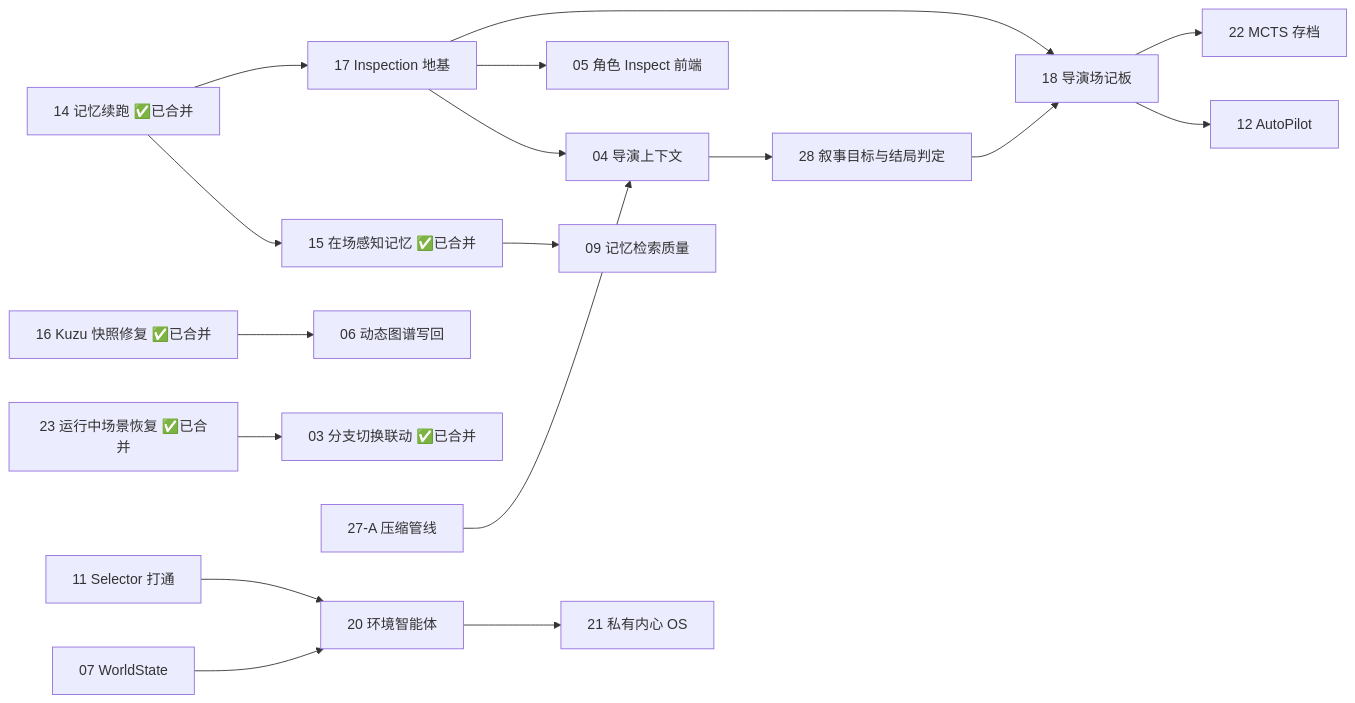
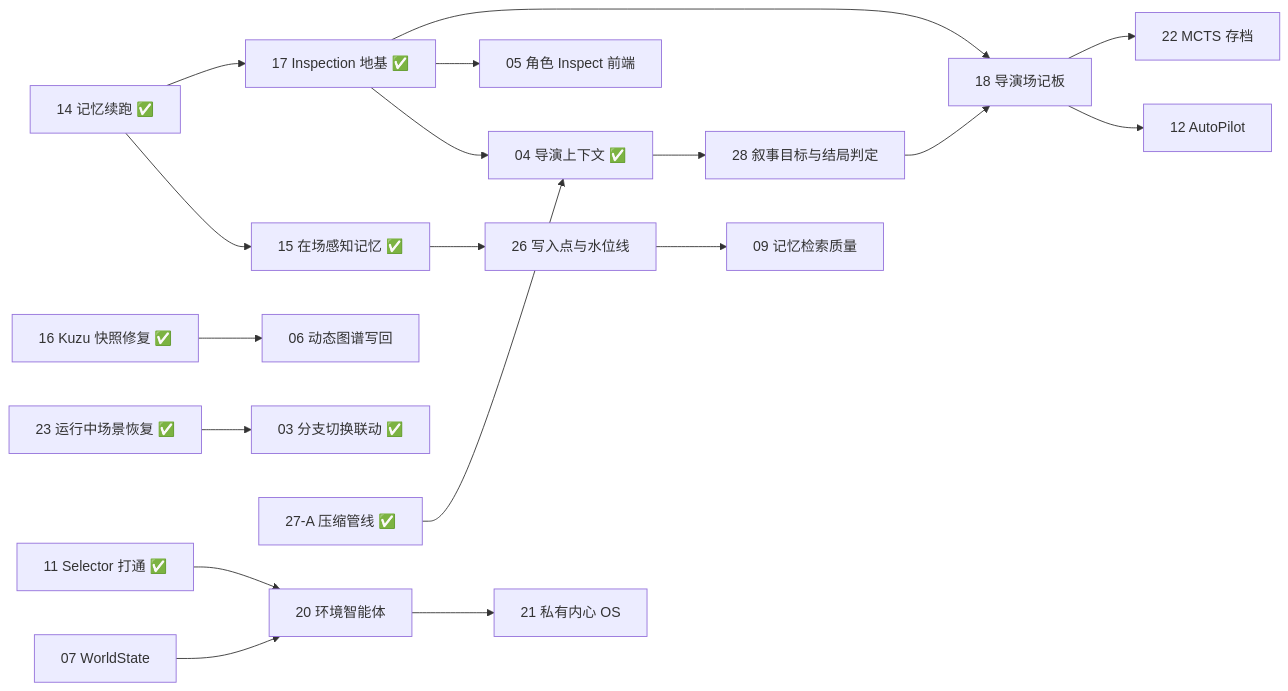
One commit to YuanPeixi/PlotSystem2 changed the diagram in docs/fix-tickets/README.md. Above: the diagram before and after it, drawn with Mermaid. The commit also changed other lines of this file and 4 other files, not shown here.

````diff
--- a/docs/fix-tickets/README.md
+++ b/docs/fix-tickets/README.md
@@ -222,19 +91,20 @@
 ```mermaid
 graph LR
-  T14[14 记忆续跑 ✅已合并] --> T15[15 在场感知记忆 ✅已合并]
-  T14 --> T17[17 Inspection 地基]
-  T15 --> T09[09 记忆检索质量]
-  T16[16 Kuzu 快照修复 ✅已合并] --> T06[06 动态图谱写回]
-  T23[23 运行中场景恢复 ✅已合并] --> T03[03 分支切换联动 ✅已合并]
-  T17 --> T04[04 导演上下文]
-  T27[27-A 压缩管线] --> T04
+  T14[14 记忆续跑 ✅] --> T15[15 在场感知记忆 ✅]
+  T14 --> T17[17 Inspection 地基 ✅]
+  T15 --> T26[26 写入点与水位线]
+  T26 --> T09[09 记忆检索质量]
+  T16[16 Kuzu 快照修复 ✅] --> T06[06 动态图谱写回]
+  T23[23 运行中场景恢复 ✅] --> T03[03 分支切换联动 ✅]
+  T17 --> T04[04 导演上下文 ✅]
+  T27[27-A 压缩管线 ✅] --> T04
   T04 --> T28[28 叙事目标与结局判定]
   T28 --> T18[18 导演场记板]
   T17 --> T05[05 角色 Inspect 前端]
   T17 --> T18
   T18 --> T12[12 AutoPilot]
   T18 --> T22[22 MCTS 存档]
   T07[07 WorldState] --> T20[20 环境智能体]
-  T11[11 Selector 打通] --> T20
+  T11[11 Selector 打通 ✅] --> T20
   T20 --> T21[21 私有内心 OS]
 ```
````
